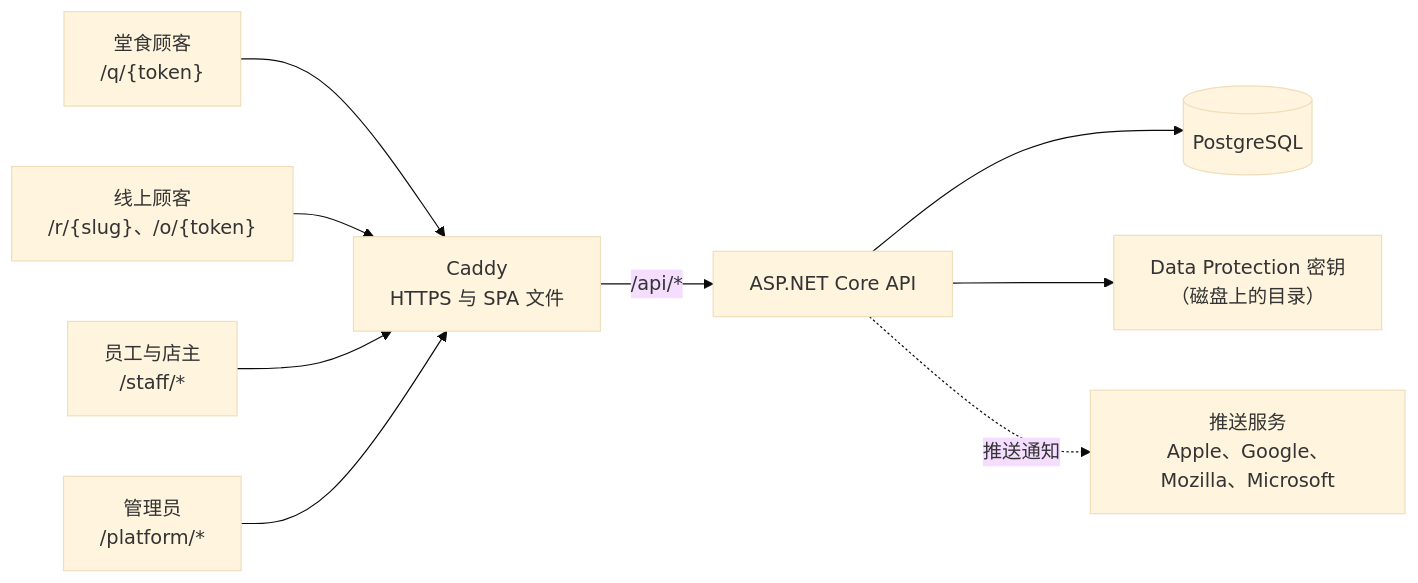
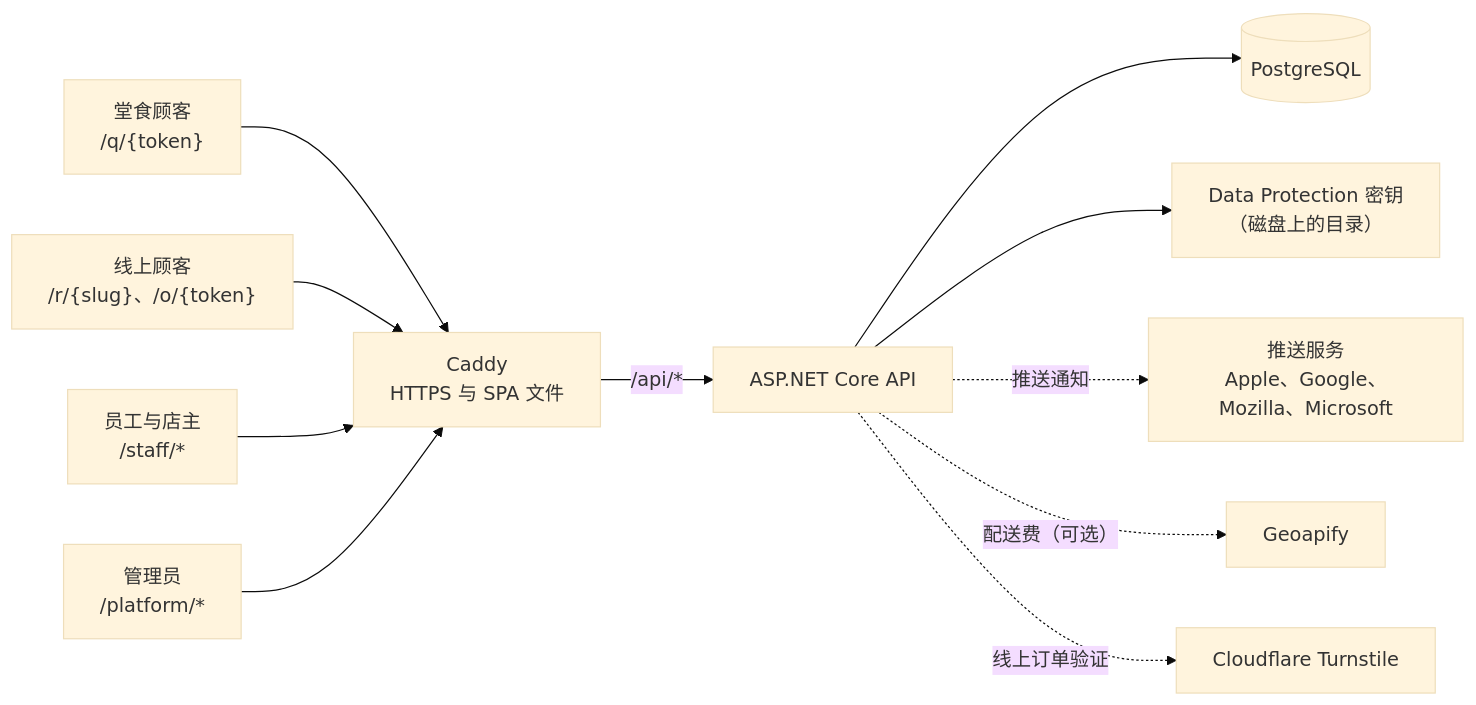
One commit to lorenzoyang/TavoloFlow changed the first of 5 diagrams in docs/zh-CN/development-notes.md. Above: the diagram before and after it, drawn with Mermaid (base theme). The commit also changed other lines of this file and 19 other files, not shown here.

````diff
--- a/docs/zh-CN/development-notes.md
+++ b/docs/zh-CN/development-notes.md
@@ -107,11 +107,13 @@
 ```mermaid
 flowchart LR
   G["堂食顾客<br>/q/{token}"] --> C
   O["线上顾客<br>/r/{slug}、/o/{token}"] --> C
   S["员工与店主<br>/staff/*"] --> C
   P["管理员<br>/platform/*"] --> C
   C["Caddy<br>HTTPS 与 SPA 文件"] -->|"/api/*"| A["ASP.NET Core API"]
   A --> D[("PostgreSQL")]
   A --> K["Data Protection 密钥<br>（磁盘上的目录）"]
   A -.->|"推送通知"| N["推送服务<br>Apple、Google、Mozilla、Microsoft"]
+  A -.->|"配送费（可选）"| Q["Geoapify"]
+  A -.->|"线上订单验证"| T["Cloudflare Turnstile"]
 ```
````
